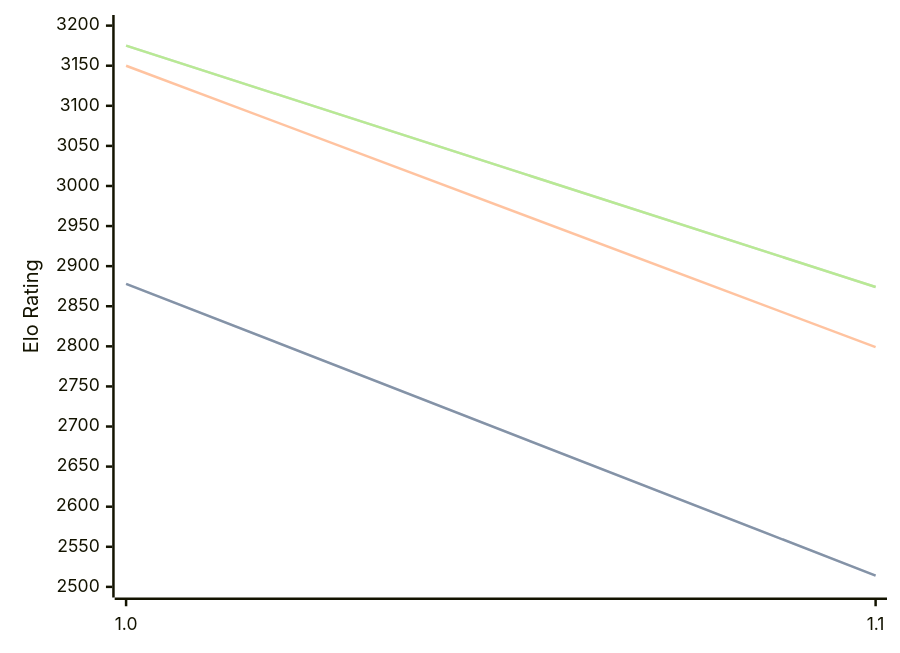
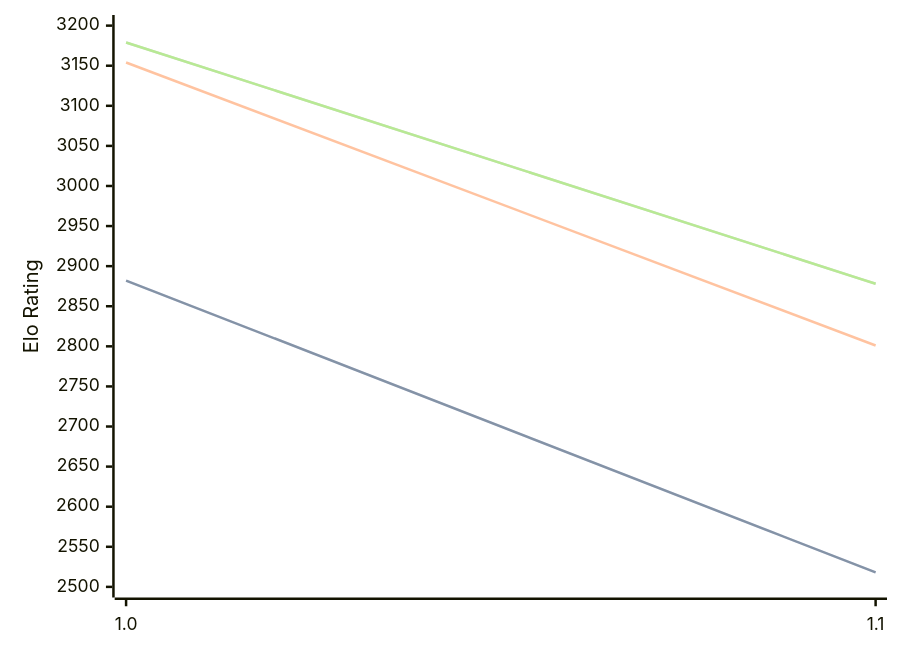
Before and after one commit to computer-chess-index/cci: the diagram in engines/Publius.md, drawn with Mermaid. The commit also changed other lines of this file, not shown here.

Commit message:
Update CCI Ratings (ELO VLTC) - 2026-05-02

````diff
--- a/engines/Publius.md
+++ b/engines/Publius.md
@@ -32,11 +32,11 @@
 ```mermaid
 %%{init: {"theme":"base","themeVariables":{"seriesColors:['#a3a3a3','#222221','#faa371']}}}%%
 xychart-beta
   x-axis ["1.0", "1.1"]
   y-axis "Elo Rating" 2500 --> 3200
-  line "STC (8.0+0.08s)" [2878, 2514]
-  line "STC (8.0+0.08s)" [2878, 2514]
-  line "LTC (60.0+0.60s)" [3150, 2799]
-  line "VLTC (2m24s+1.12s)" [3175, 2874]
-  line "VLTC (2m24s+1.12s)" [3175, 2874]
+  line "STC (8.0+0.08s)" [2882, 2518]
+  line "STC (8.0+0.08s)" [2882, 2518]
+  line "LTC (60.0+0.60s)" [3154, 2801]
+  line "VLTC (2m24s+1.12s)" [3179, 2878]
+  line "VLTC (2m24s+1.12s)" [3179, 2878]
 ```
````
